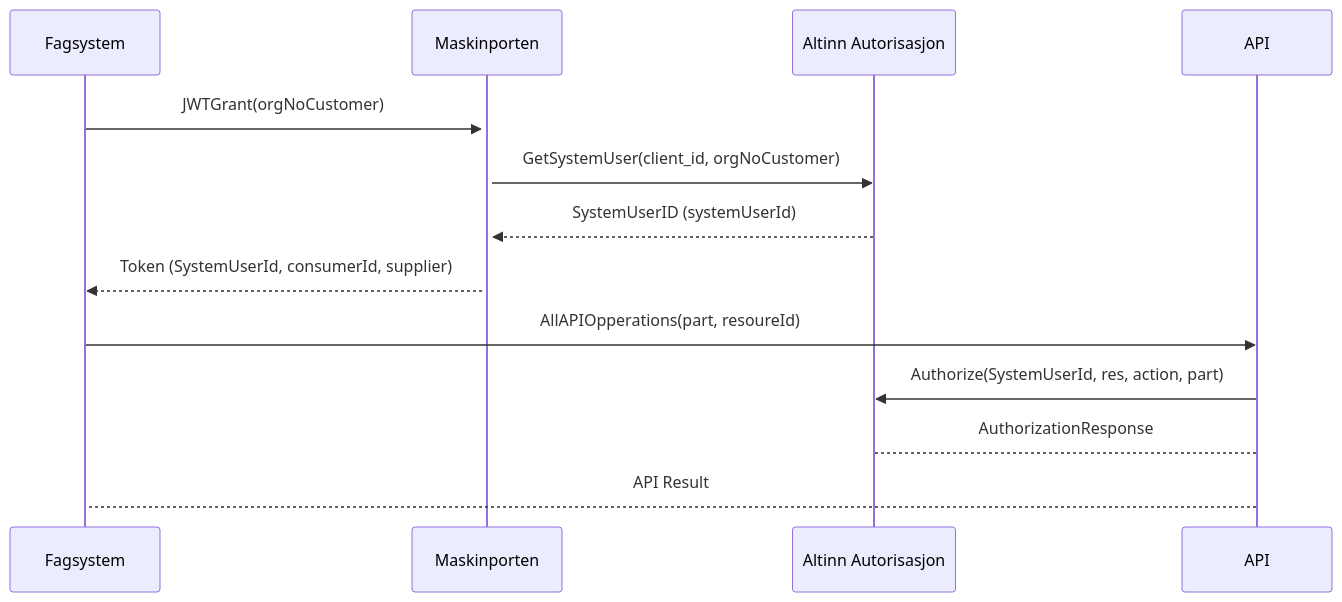
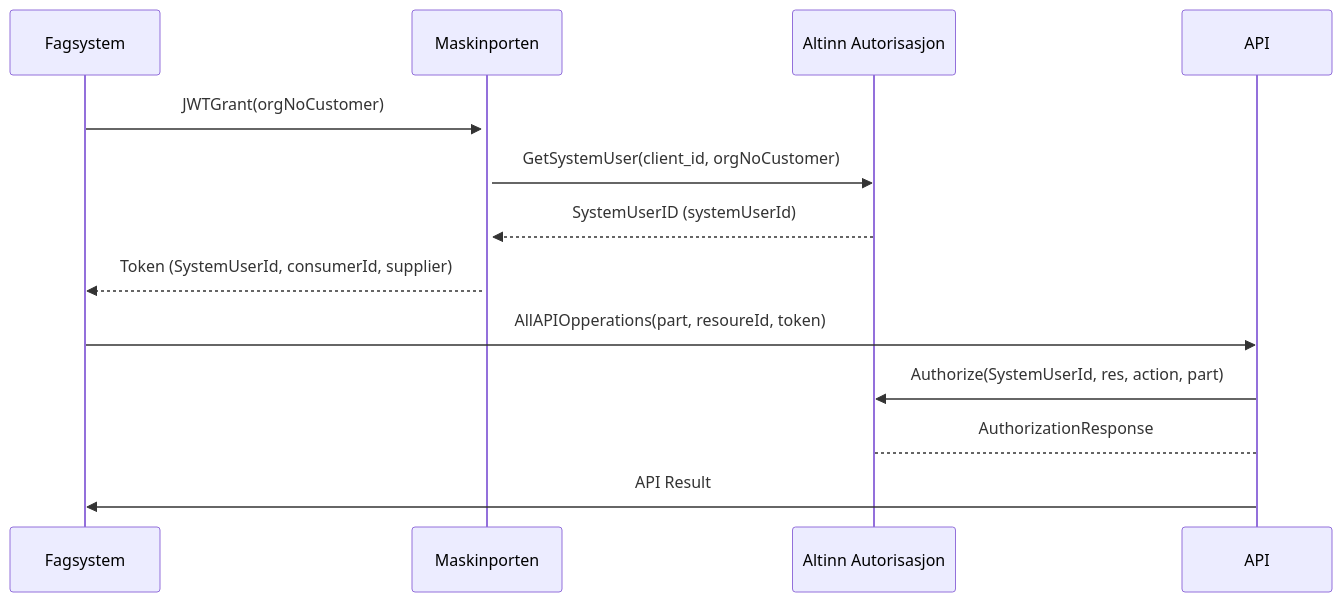
The diagram in _docs/Maskinporten/maskinporten_func_systembruker.md (felleslosninger/docs), drawn with Mermaid before and after one commit.

```diff
--- a/_docs/Maskinporten/maskinporten_func_systembruker.md
+++ b/_docs/Maskinporten/maskinporten_func_systembruker.md
@@ -48,11 +48,11 @@
 <div class="mermaid">
 sequenceDiagram
     Fagsystem->>+Maskinporten: JWTGrant(orgNoCustomer)
     Maskinporten->>Altinn Autorisasjon: GetSystemUser(client_id, orgNoCustomer)
     Altinn Autorisasjon-->>Maskinporten: SystemUserID (systemUserId)
     Maskinporten-->>Fagsystem: Token (SystemUserId, consumerId, supplier)
-    Fagsystem->>API: AllAPIOpperations(part, resoureId)
+    Fagsystem->>API: AllAPIOpperations(part, resoureId, token)
     API->>Altinn Autorisasjon: Authorize(SystemUserId, res, action, part)
     Altinn Autorisasjon-->API: AuthorizationResponse
-    API-->Fagsystem:API Result 
+    API->>Fagsystem:API Result 
 </div>
```
